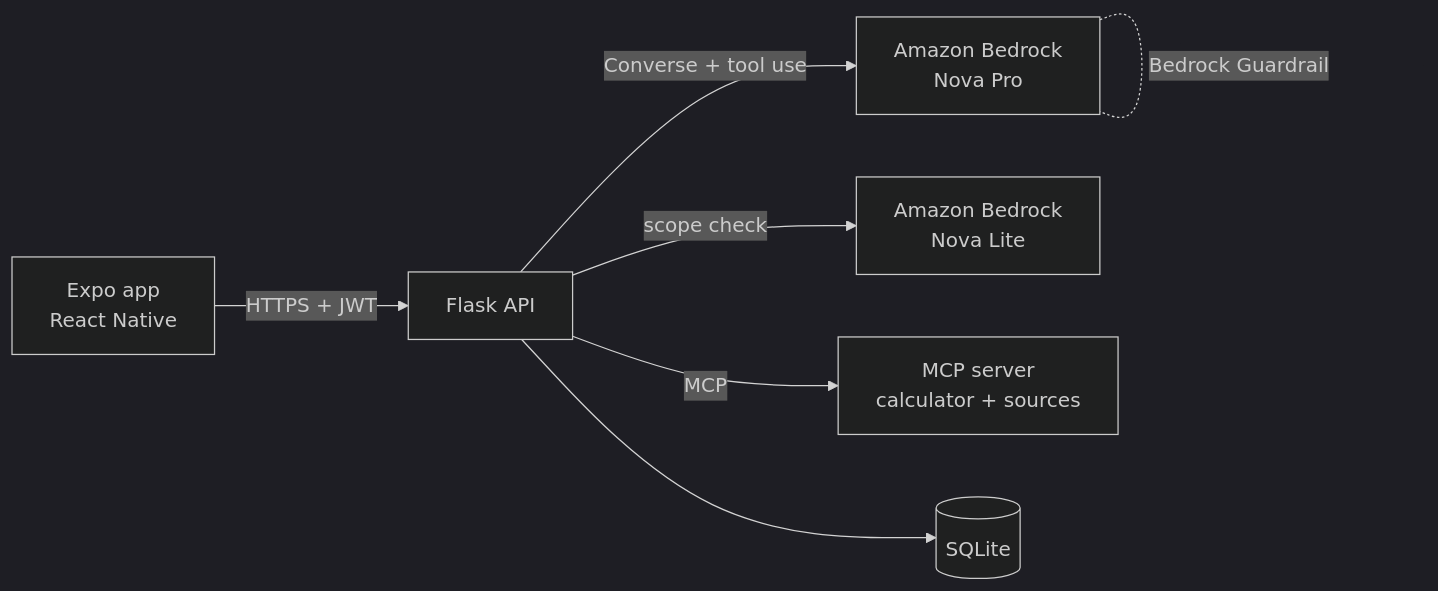
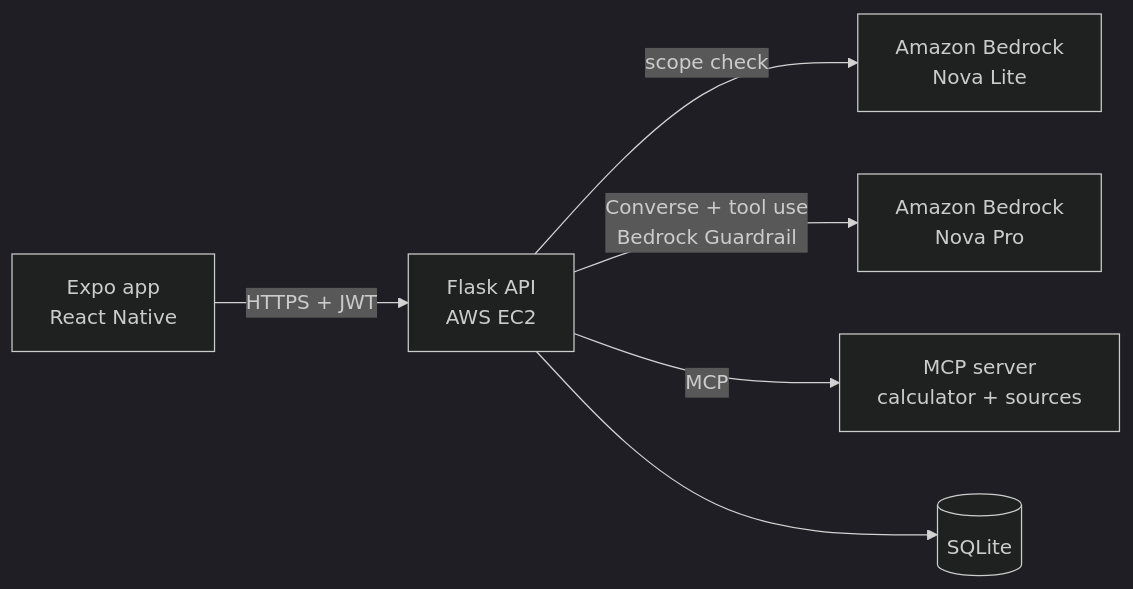
Before and after one commit to NahomMA/miniliz2nd-ashenafy: the diagram in README.md, drawn with Mermaid (dark theme). The commit also changed other lines of this file and 60 other files, not shown here.

````diff
--- a/README.md
+++ b/README.md
@@ -26,9 +22,8 @@
 ```mermaid
 flowchart LR
-  A[Expo app<br/>React Native] -- HTTPS + JWT --> B[Flask API]
-  B -- Converse + tool use --> C[Amazon Bedrock<br/>Nova Pro]
+  A[Expo app<br/>React Native] -- HTTPS + JWT --> B[Flask API<br/>AWS EC2]
   B -- scope check --> D[Amazon Bedrock<br/>Nova Lite]
+  B -- Converse + tool use<br/>Bedrock Guardrail --> C[Amazon Bedrock<br/>Nova Pro]
   B -- MCP --> E[MCP server<br/>calculator + sources]
   B --> F[(SQLite)]
-  C -. Bedrock Guardrail .- C
 ```
````
